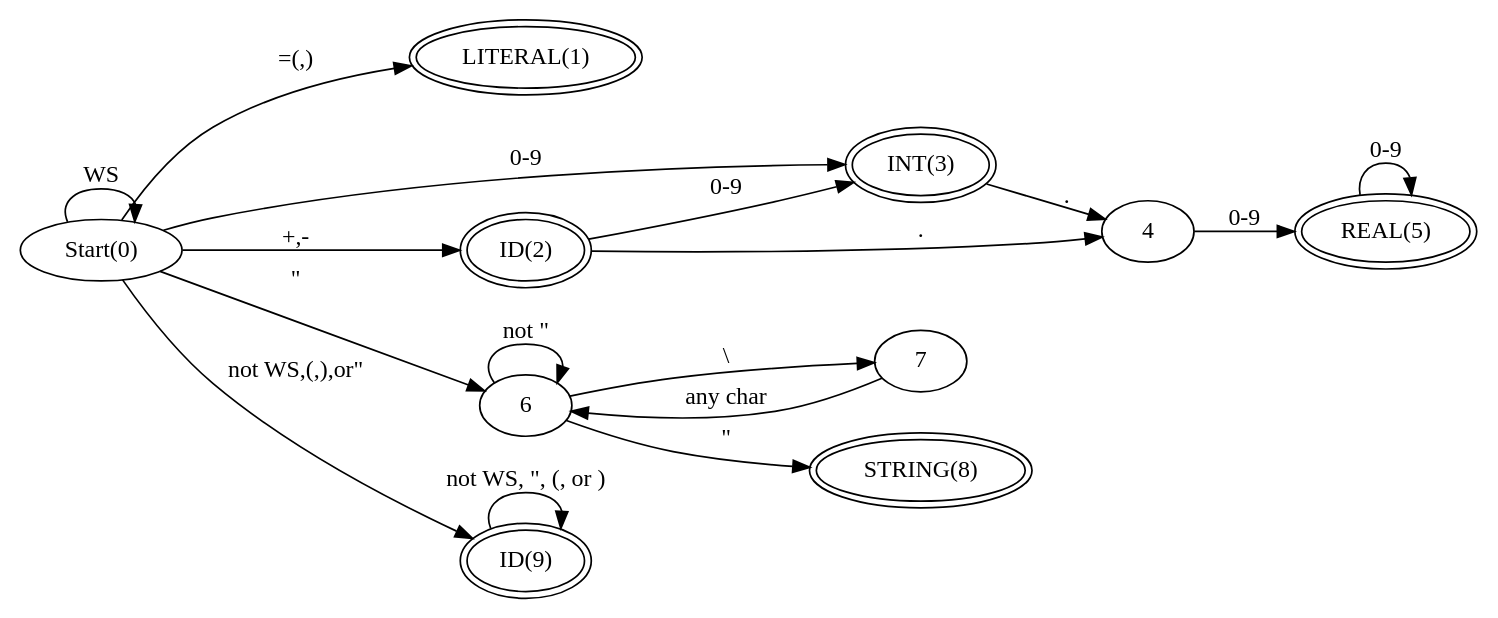
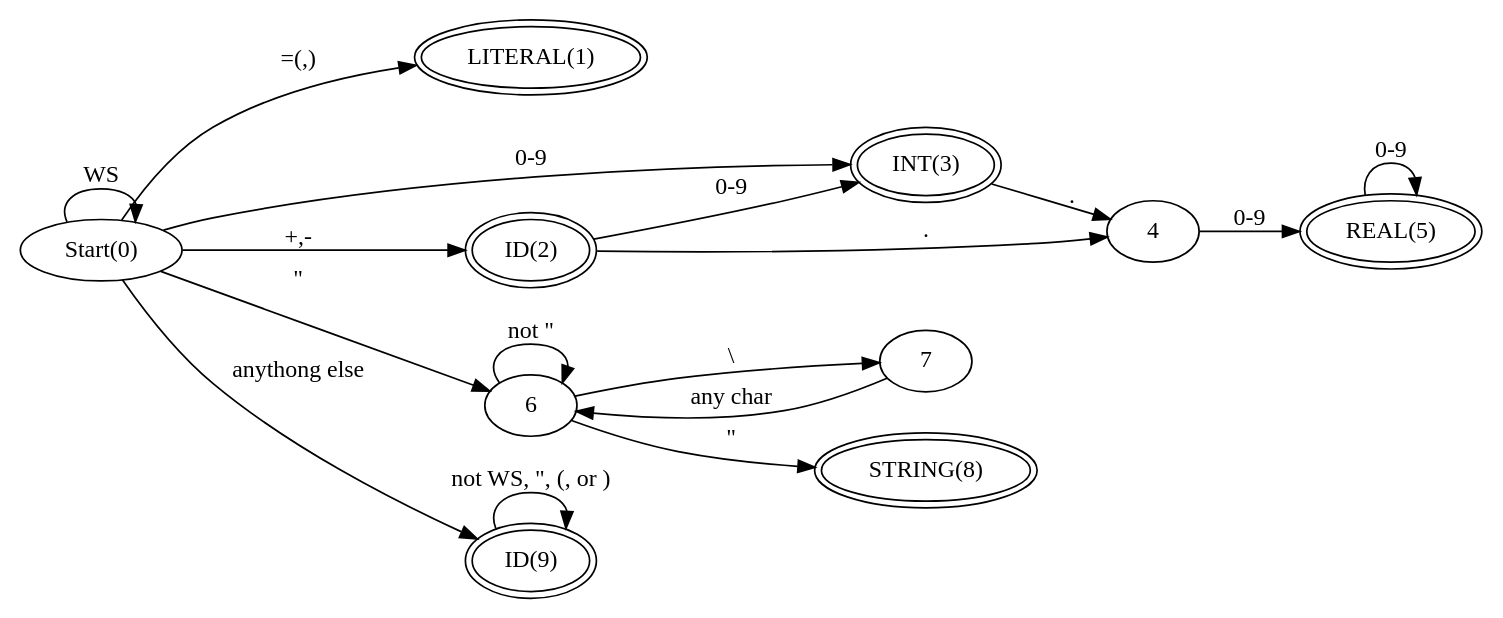
One commit to namnbk/LISP_Parser changed the diagram in state-diagram.gv. Above: the diagram before and after it, drawn with Graphviz. The commit also changed 1 other file, not shown here.

Commit message:
Clarification to diagram

```diff
--- a/state-diagram.gv
+++ b/state-diagram.gv
@@ -1,42 +1,42 @@
 digraph G {
     rankdir="LR";
     node [shape=ellipse, peripheries=1];
 
     
     0[label="Start(0)"]
     1[label="LITERAL(1)",  peripheries=2]
     2[label="ID(2)", peripheries=2]
     3[label="INT(3)", peripheries=2]
     4[label="4"]
     5[label="REAL(5)", peripheries=2]
     6[label="6"]
     7[label="7"]
     8[label="STRING(8)", peripheries=2]
     9[label="ID(9)", peripheries=2]
 
     0 -> 0[label="WS"];
     0 -> 1[label="=(,)"];
     0 -> 2[label="+,-"];
     0 -> 6[label="\""];
-    0 -> 9[label="not WS,(,),or\""];
+    0 -> 9[label="anythong else"];
     0 -> 3[label="0-9"];
 
 
     2 -> 3[label="0-9"];
     2 -> 4[label="."];
 
     3 -> 4[label="."];
 
     4 -> 5[label="0-9"];
 
 	5 -> 5[label="0-9"];
 
 	6 -> 6[label="not \""];
 	6 -> 7[label="\\"];
 	6 -> 8[label="\""];
 
 	7 -> 6[label="any char"];
 
 	9 -> 9[label="not WS, \", (, or )"];
 
 }
```
